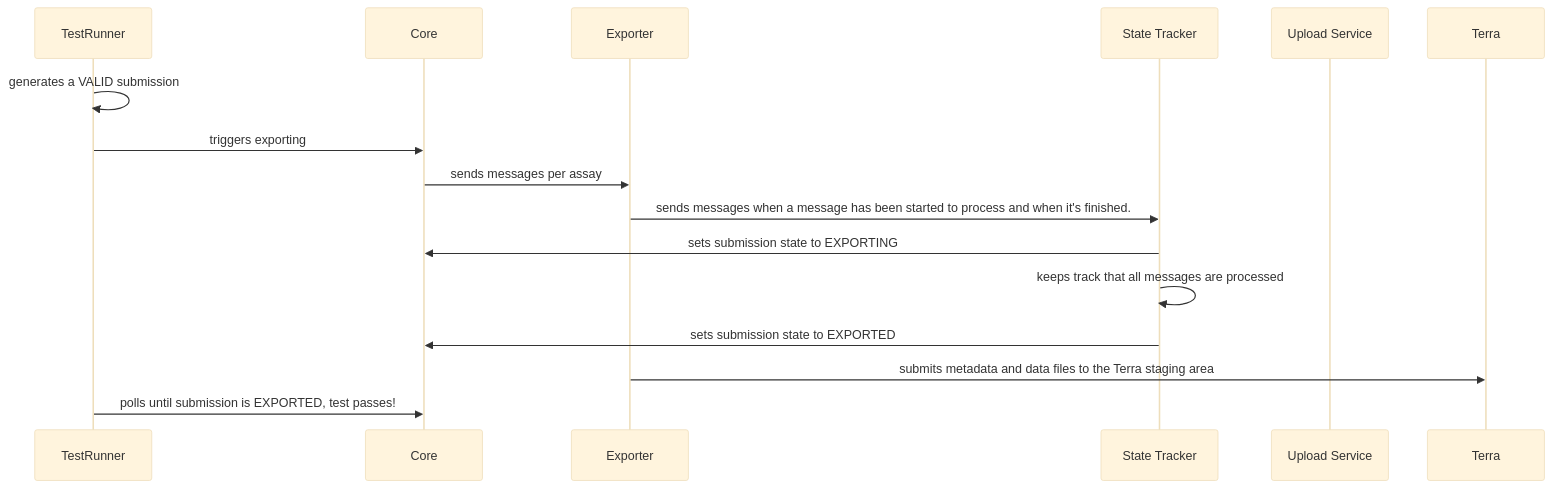
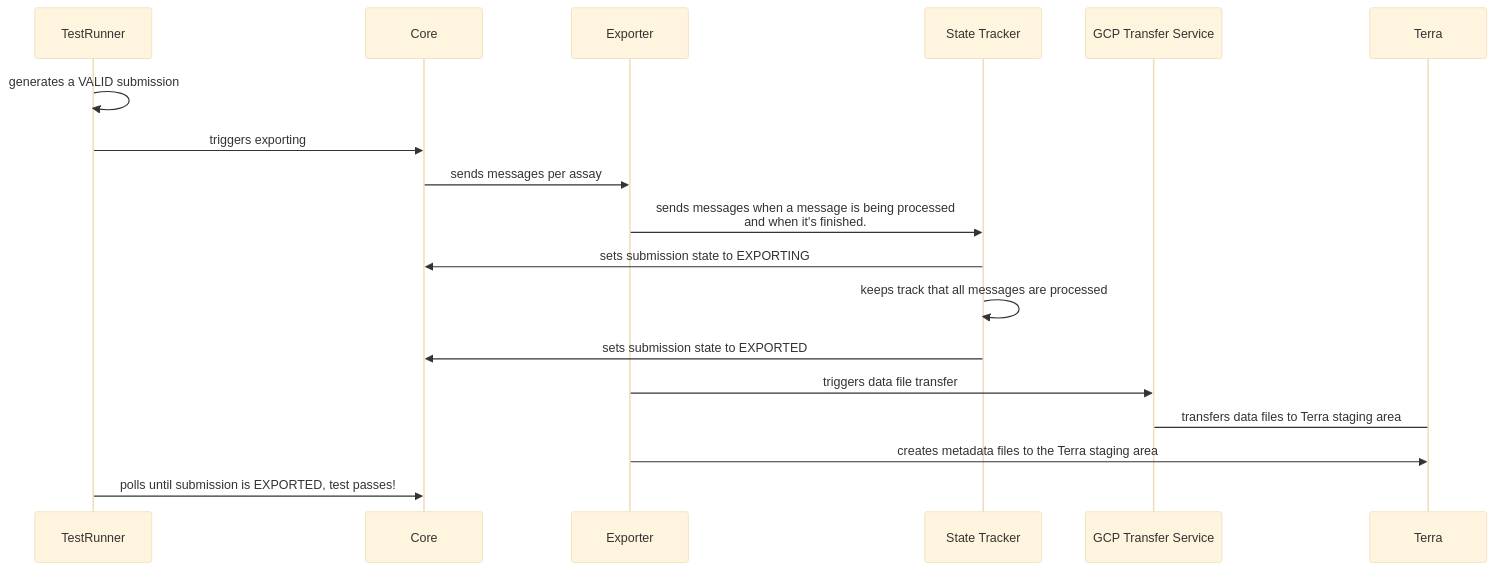
One commit to ebi-ait/ingest-integration-tests changed the second of 5 diagrams in README.md. Above: the diagram before and after it, drawn with Mermaid (base theme). The commit also changed other lines of this file, not shown here.

Commit message:
dcp-692 Update sequence diagrams

````diff
--- a/README.md
+++ b/README.md
@@ -38,18 +38,20 @@
 ```mermaid
 sequenceDiagram
   participant TestRunner
   participant Core
   participant Exporter
   participant State as State Tracker
-  participant Upload as Upload Service
+  participant GCPTS as GCP Transfer Service
 
   TestRunner->>TestRunner: generates a VALID submission
   TestRunner->>Core: triggers exporting
   Core->>Exporter: sends messages per assay
-  Exporter->>State: sends messages when a message has been started to process and when it's finished.
+  Exporter->>State: sends messages when a message is being processed <br/> and when it's finished.
   State ->> Core: sets submission state to EXPORTING
   State ->> State: keeps track that all messages are processed
   State ->> Core: sets submission state to EXPORTED
-  Exporter->>Terra: submits metadata and data files to the Terra staging area
+  Exporter->>GCPTS: triggers data file transfer
+  GCPTS->Terra: transfers data files to Terra staging area
+  Exporter->>Terra: creates metadata files to the Terra staging area
   TestRunner ->> Core: polls until submission is EXPORTED, test passes!
 ```
````
